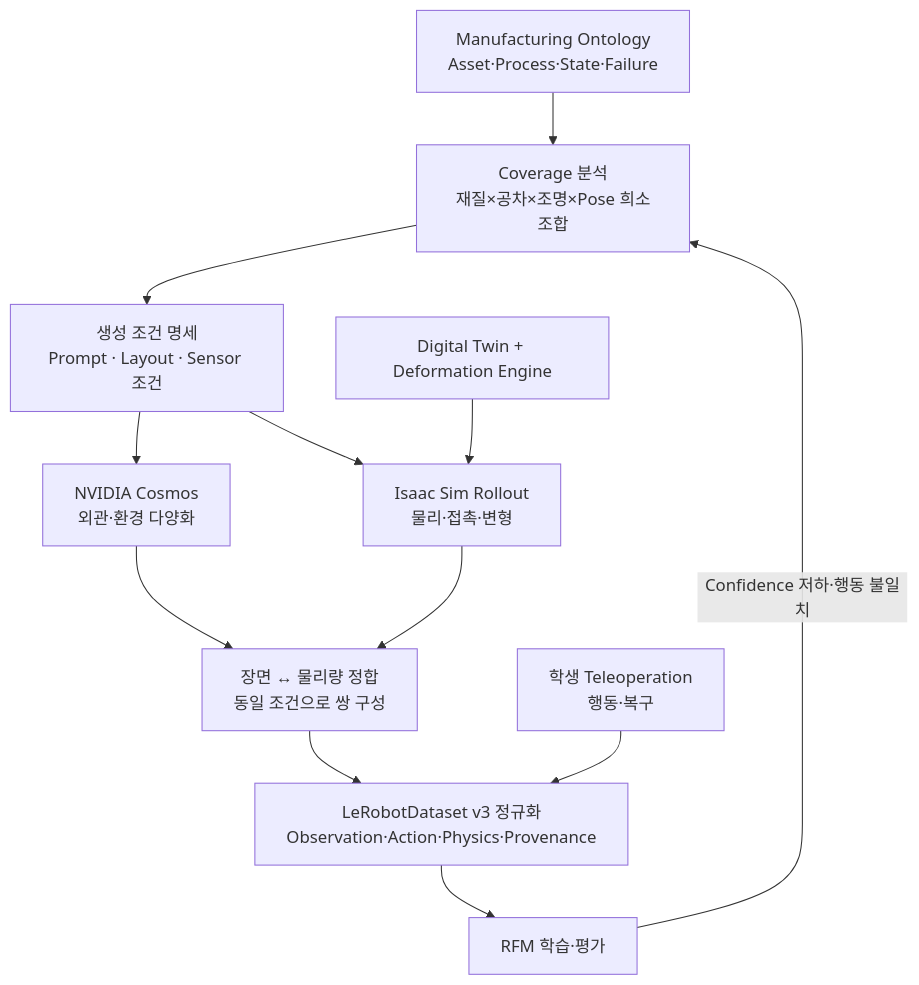
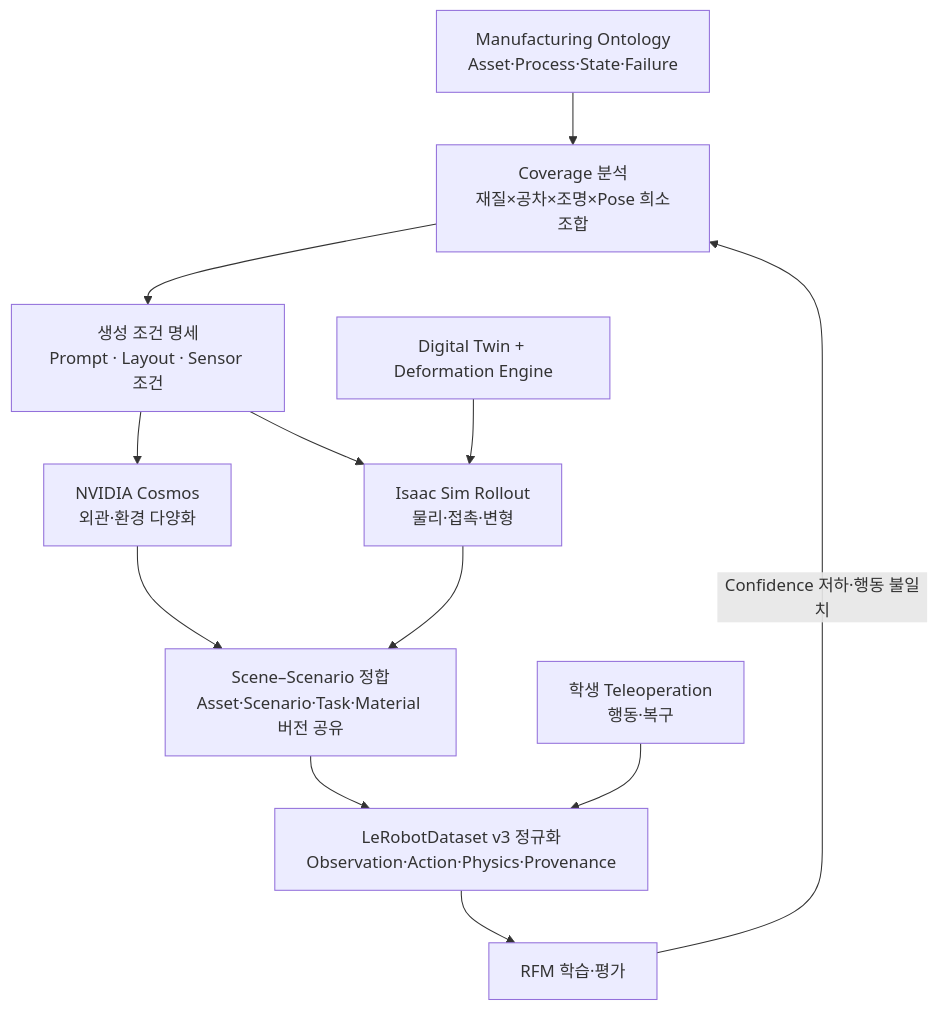
Before and after one commit to parclab-hsu/parclab-hsu.github.io: the third of 10 diagrams in homepage-src/docs/projects/manufacturing-data-factory-rfm/technical.md, drawn with Mermaid. The commit also changed other lines of this file and 9 other files, not shown here.

````diff
--- a/homepage-src/docs/projects/manufacturing-data-factory-rfm/technical.md
+++ b/homepage-src/docs/projects/manufacturing-data-factory-rfm/technical.md
@@ -212,14 +212,14 @@
 ```mermaid
 flowchart TB
     ONT["Manufacturing Ontology<br/>Asset·Process·State·Failure"] --> GAP["Coverage 분석<br/>재질×공차×조명×Pose 희소조합"]
     GAP --> COND["생성 조건 명세<br/>Prompt · Layout · Sensor 조건"]
     COND --> COSMOS["NVIDIA Cosmos<br/>외관·환경 다양화"]
     DT["Digital Twin + Deformation Engine"] --> ISAAC["Isaac Sim Rollout<br/>물리·접촉·변형"]
     COND --> ISAAC
-    COSMOS --> PAIR["장면 ↔ 물리량 정합<br/>동일 조건으로 쌍 구성"]
+    COSMOS --> PAIR["Scene–Scenario 정합<br/>Asset·Scenario·Task·Material 버전 공유"]
     ISAAC --> PAIR
     TELE["학생 Teleoperation<br/>행동·복구"] --> NORM
     PAIR --> NORM["LeRobotDataset v3 정규화<br/>Observation·Action·Physics·Provenance"]
     NORM --> RFM["RFM 학습·평가"]
     RFM -->|Confidence 저하·행동 불일치| GAP
 ```
````
